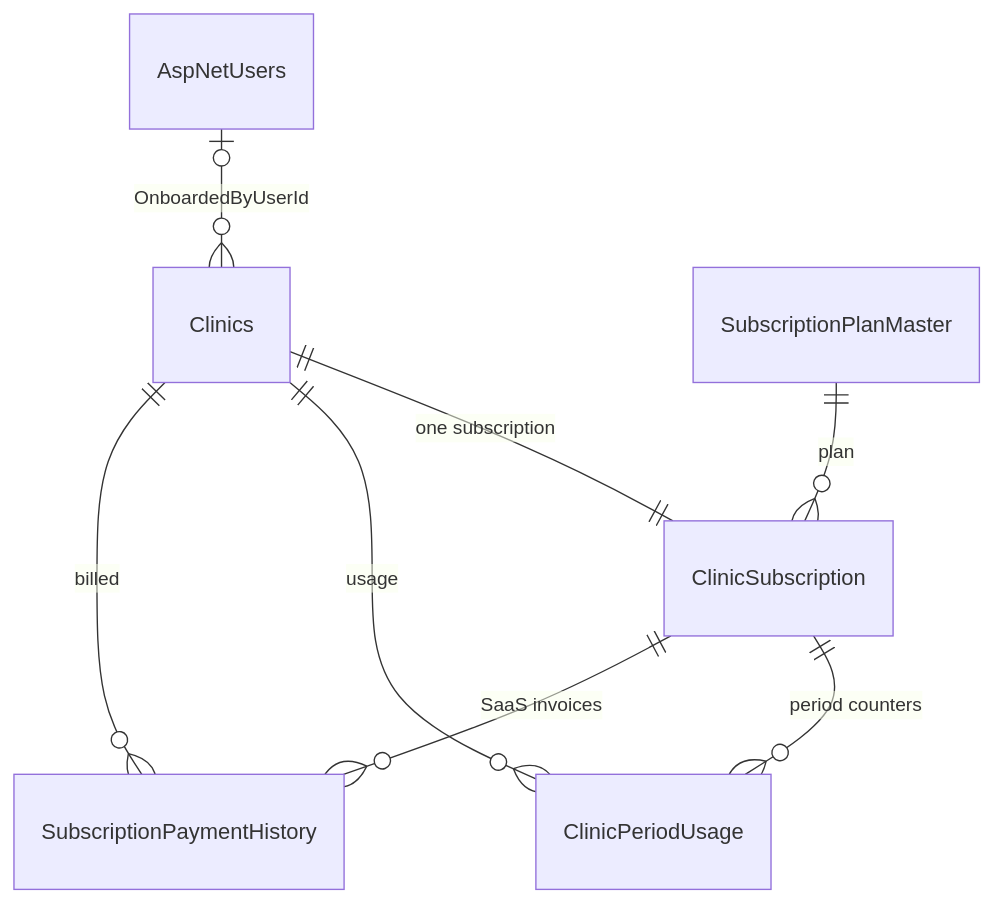
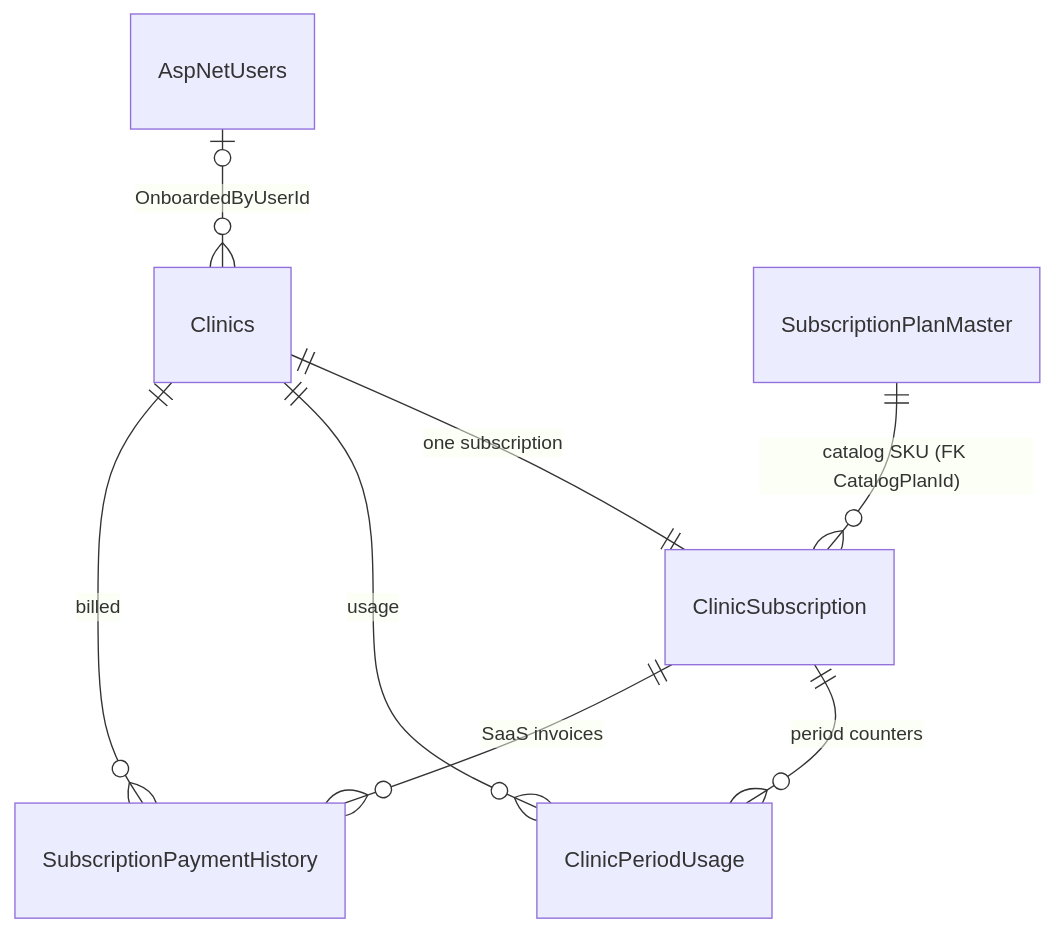
Before and after one commit to nishantmittal26/DocOS: the second of 4 diagrams in prompts/DocOS-Database-Schema.md, drawn with Mermaid. The commit also changed other lines of this file and 28 other files, not shown here.

````diff
--- a/prompts/DocOS-Database-Schema.md
+++ b/prompts/DocOS-Database-Schema.md
@@ -342,10 +342,10 @@
 ```mermaid
 erDiagram
     AspNetUsers |o--o{ Clinics : "OnboardedByUserId"
     Clinics ||--|| ClinicSubscription : "one subscription"
-    SubscriptionPlanMaster ||--o{ ClinicSubscription : "plan"
+    SubscriptionPlanMaster ||--o{ ClinicSubscription : "catalog SKU (FK CatalogPlanId)"
     ClinicSubscription ||--o{ ClinicPeriodUsage : "period counters"
     Clinics ||--o{ ClinicPeriodUsage : "usage"
     ClinicSubscription ||--o{ SubscriptionPaymentHistory : "SaaS invoices"
     Clinics ||--o{ SubscriptionPaymentHistory : "billed"
 ```
````
